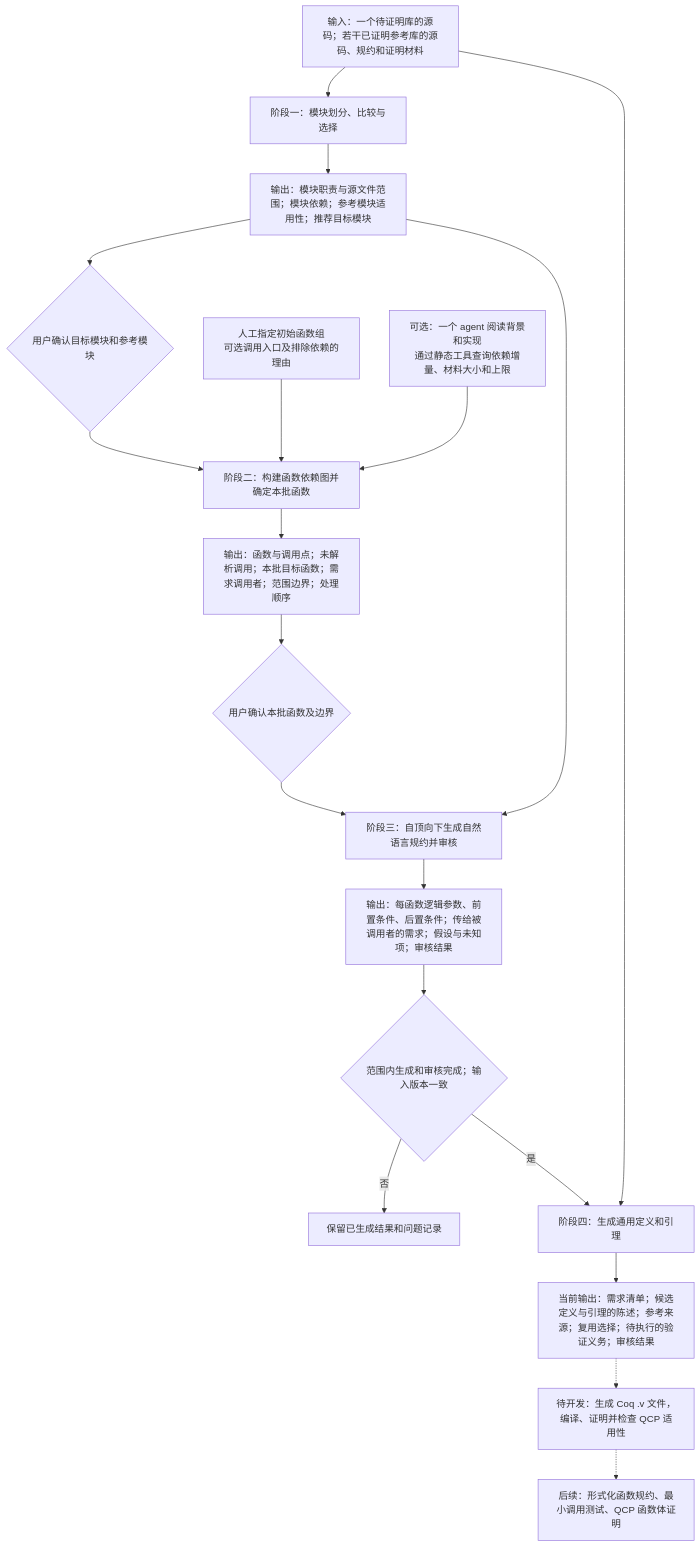
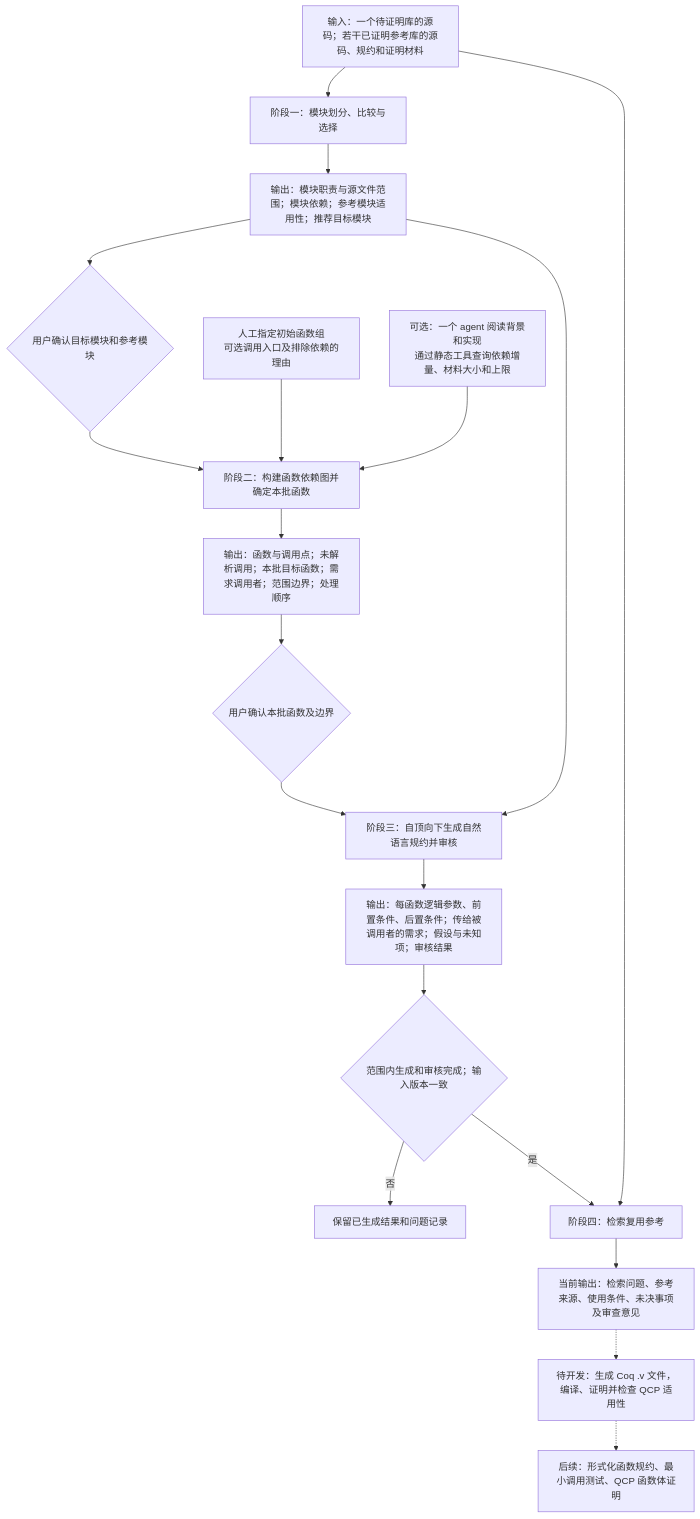
Before and after one commit to ChsVD/library-spec-tool: the third of 12 diagrams in DEVELOPMENT.md, drawn with Mermaid. The commit also changed other lines of this file and 7226 other files, not shown here.

````diff
--- a/DEVELOPMENT.md
+++ b/DEVELOPMENT.md
@@ -92,21 +181,21 @@
 ```mermaid
 flowchart TD
     IN["输入：一个待证明库的源码；若干已证明参考库的源码、规约和证明材料"] --> S1["阶段一：模块划分、比较与选择"]
     S1 --> O1["输出：模块职责与源文件范围；模块依赖；参考模块适用性；推荐目标模块"]
     O1 --> H1{"用户确认目标模块和参考模块"}
     H1 --> S2["阶段二：构建函数依赖图并确定本批函数"]
     REQ["人工指定初始函数组<br/>可选调用入口及排除依赖的理由"] --> S2
     READ["可选：一个 agent 阅读背景和实现<br/>通过静态工具查询依赖增量、材料大小和上限"] --> S2
     S2 --> O2["输出：函数与调用点；未解析调用；本批目标函数；需求调用者；范围边界；处理顺序"]
     O2 --> H2{"用户确认本批函数及边界"}
     H2 --> S3["阶段三：自顶向下生成自然语言规约并审核"]
     O1 --> S3
     S3 --> O3["输出：每函数逻辑参数、前置条件、后置条件；传给被调用者的需求；假设与未知项；审核结果"]
     O3 --> G{"范围内生成和审核完成；输入版本一致"}
     G -->|否| STOP["保留已生成结果和问题记录"]
-    G -->|是| S4["阶段四：生成通用定义和引理"]
+    G -->|是| S4["阶段四：检索复用参考"]
     IN --> S4
-    S4 --> O4["当前输出：需求清单；候选定义与引理的陈述；参考来源；复用选择；待执行的验证义务；审核结果"]
+    S4 --> O4["当前输出：检索问题、参考来源、使用条件、未决事项及审查意见"]
     O4 -.-> V["待开发：生成 Coq .v 文件，编译、证明并检查 QCP 适用性"]
     V -.-> Q["后续：形式化函数规约、最小调用测试、QCP 函数体证明"]
 ```
````
